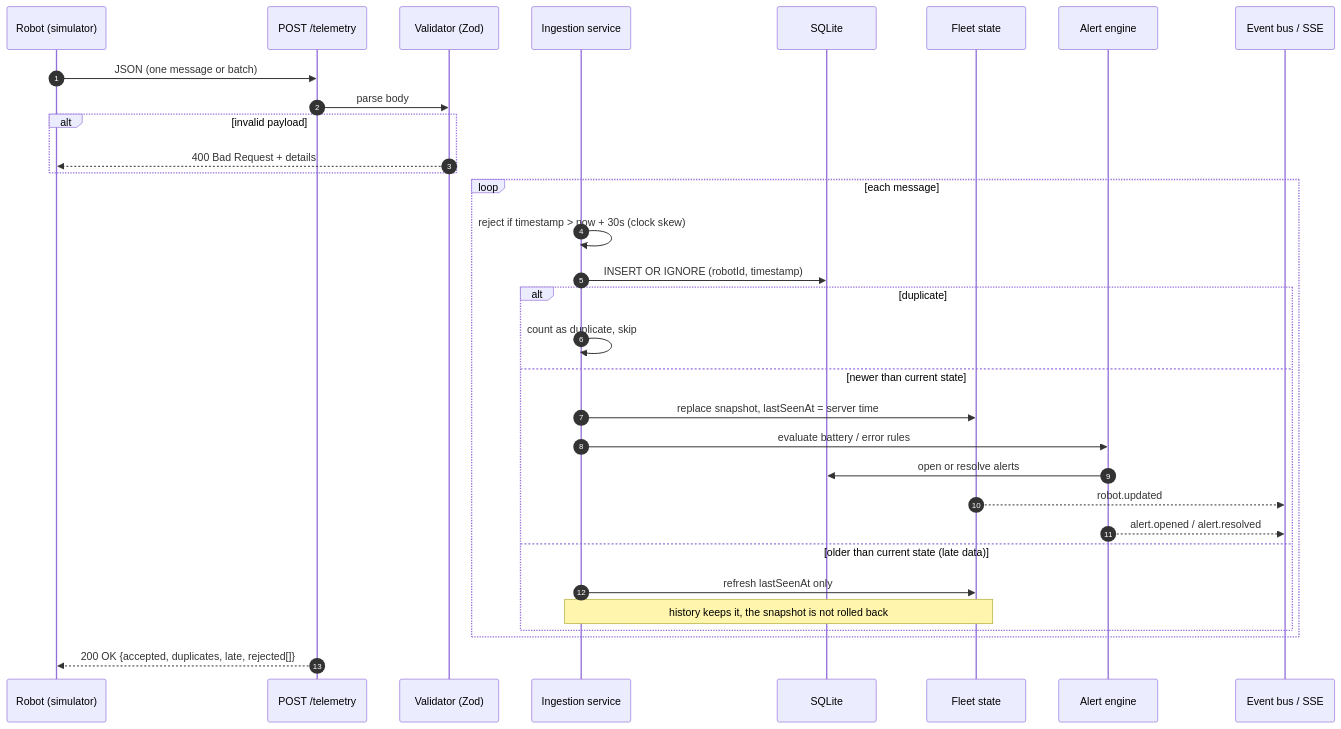
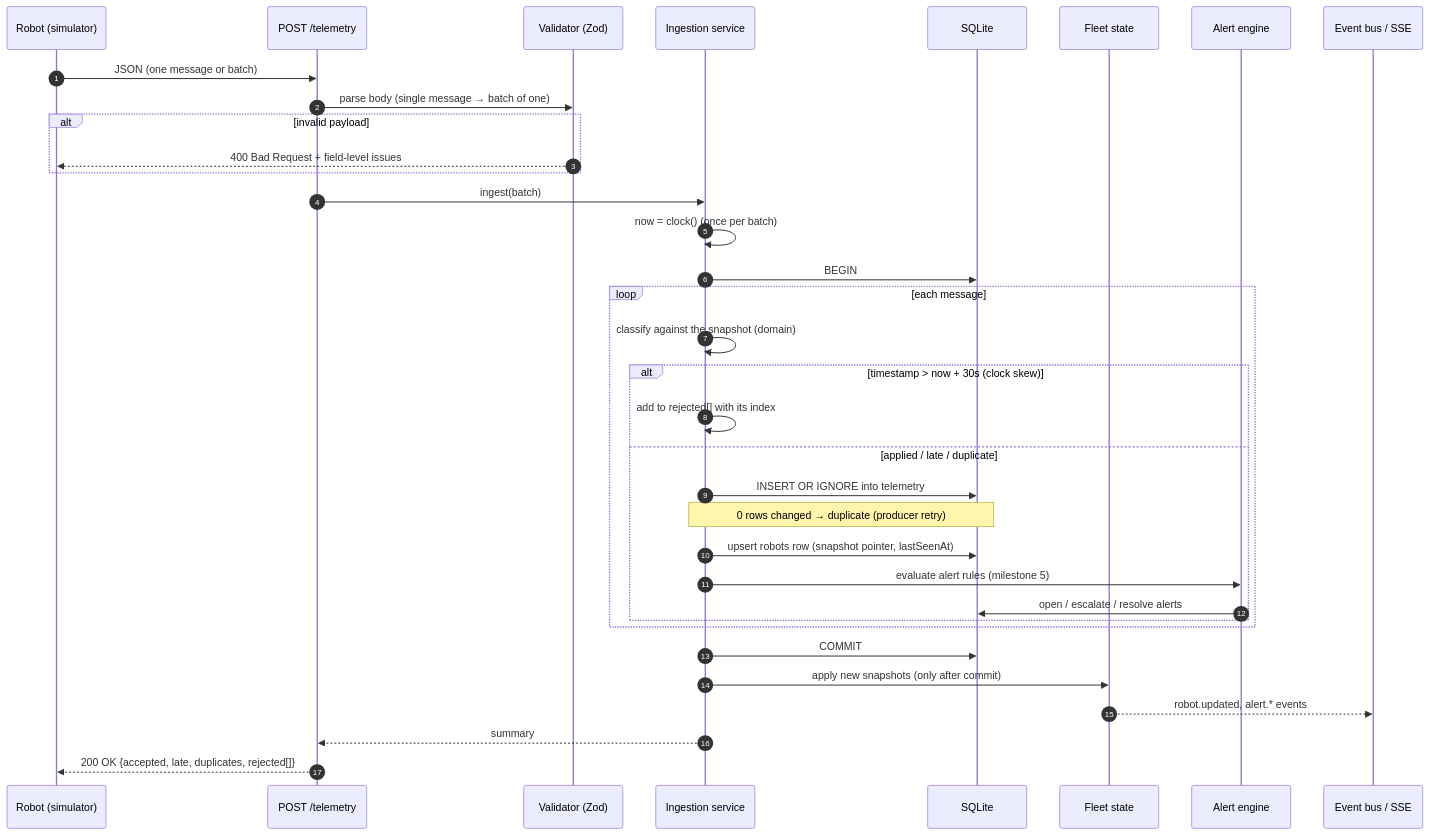
Before and after one commit to majehema/olivaw-engineering-challenge: the second of 4 diagrams in docs/PLAN.md, drawn with Mermaid. The commit also changed other lines of this file, not shown here.

Commit message:
docs: describe ingestion flow and application layer

````diff
--- a/docs/PLAN.md
+++ b/docs/PLAN.md
@@ -83,35 +83,38 @@
 ```mermaid
 sequenceDiagram
     autonumber
     participant R as Robot (simulator)
     participant API as POST /telemetry
     participant V as Validator (Zod)
     participant I as Ingestion service
     participant DB as SQLite
     participant S as Fleet state
     participant A as Alert engine
     participant B as Event bus / SSE
 
     R->>API: JSON (one message or batch)
-    API->>V: parse body
+    API->>V: parse body (single message → batch of one)
     alt invalid payload
-        V-->>R: 400 Bad Request + details
+        V-->>R: 400 Bad Request + field-level issues
     end
+    API->>I: ingest(batch)
+    I->>I: now = clock() (once per batch)
+    I->>DB: BEGIN
     loop each message
-        I->>I: reject if timestamp > now + 30s (clock skew)
-        I->>DB: INSERT OR IGNORE (robotId, timestamp)
-        alt duplicate
-            I->>I: count as duplicate, skip
-        else newer than current state
-            I->>S: replace snapshot, lastSeenAt = server time
-            I->>A: evaluate battery / error rules
-            A->>DB: open or resolve alerts
-            S-->>B: robot.updated
-            A-->>B: alert.opened / alert.resolved
-        else older than current state (late data)
-            I->>S: refresh lastSeenAt only
-            Note over I,S: history keeps it, the snapshot is not rolled back
+        I->>I: classify against the snapshot (domain)
+        alt timestamp > now + 30s (clock skew)
+            I->>I: add to rejected[] with its index
+        else applied / late / duplicate
+            I->>DB: INSERT OR IGNORE into telemetry
+            Note over I,DB: 0 rows changed → duplicate (producer retry)
+            I->>DB: upsert robots row (snapshot pointer, lastSeenAt)
+            I->>A: evaluate alert rules (milestone 5)
+            A->>DB: open / escalate / resolve alerts
         end
     end
-    API-->>R: 200 OK {accepted, duplicates, late, rejected[]}
+    I->>DB: COMMIT
+    I->>S: apply new snapshots (only after commit)
+    S-->>B: robot.updated, alert.* events
+    I-->>API: summary
+    API-->>R: 200 OK {accepted, late, duplicates, rejected[]}
 ```
````
